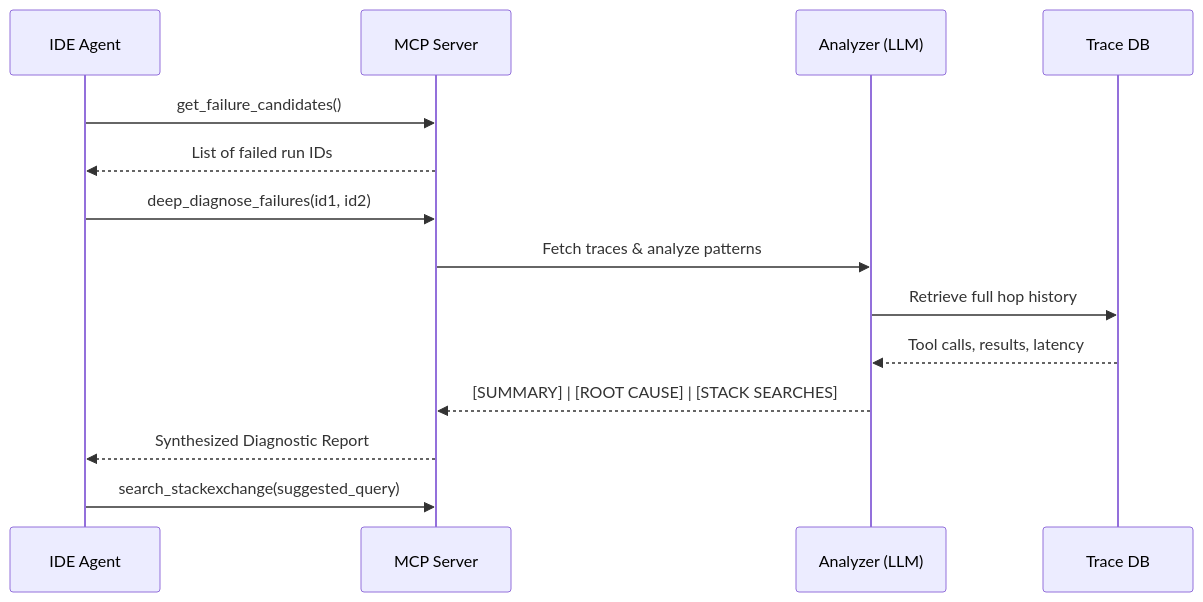
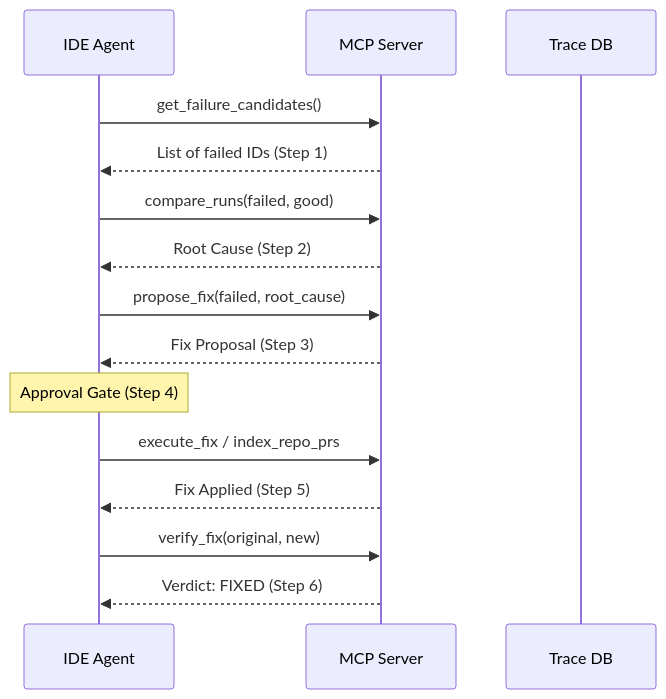
One commit to paarths-collab/observable-agent-control-panel-v2 changed the third of 3 diagrams in docs/workflow.md. Above: the diagram before and after it, drawn with Mermaid. The commit also changed other lines of this file and 10 other files, not shown here.

````diff
--- a/docs/workflow.md
+++ b/docs/workflow.md
@@ -81,19 +81,23 @@
 ```mermaid
 sequenceDiagram
     participant IDE as IDE Agent
     participant MCP as MCP Server
-    participant Ana as Analyzer (LLM)
     participant DB as Trace DB
     
     IDE->>MCP: get_failure_candidates()
-    MCP-->>IDE: List of failed run IDs
+    MCP-->>IDE: List of failed IDs (Step 1)
     
-    IDE->>MCP: deep_diagnose_failures(id1, id2)
-    MCP->>Ana: Fetch traces & analyze patterns
-    Ana->>DB: Retrieve full hop history
-    DB-->>Ana: Tool calls, results, latency
-    Ana-->>MCP: [SUMMARY] | [ROOT CAUSE] | [STACK SEARCHES]
-    MCP-->>IDE: Synthesized Diagnostic Report
+    IDE->>MCP: compare_runs(failed, good)
+    MCP-->>IDE: Root Cause (Step 2)
     
-    IDE->>MCP: search_stackexchange(suggested_query)
+    IDE->>MCP: propose_fix(failed, root_cause)
+    MCP-->>IDE: Fix Proposal (Step 3)
+    
+    Note over IDE: Approval Gate (Step 4)
+    
+    IDE->>MCP: execute_fix / index_repo_prs
+    MCP-->>IDE: Fix Applied (Step 5)
+    
+    IDE->>MCP: verify_fix(original, new)
+    MCP-->>IDE: Verdict: FIXED (Step 6)
 ```
````
